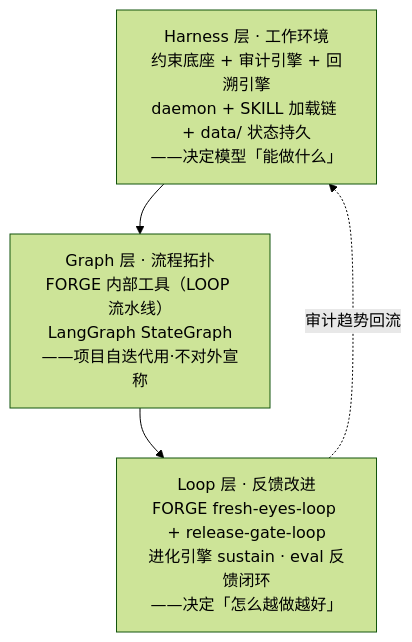
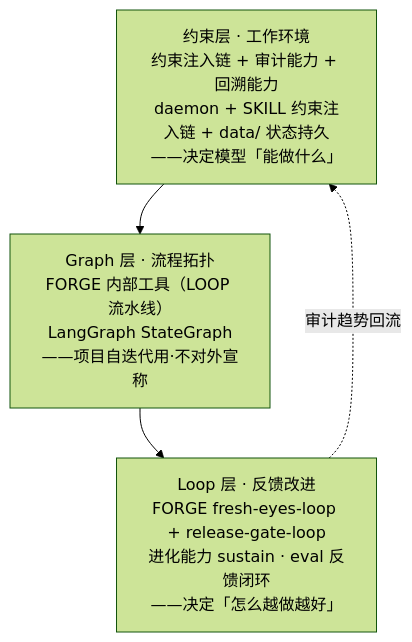
The third of 8 diagrams in docs/ARCHITECTURE.md (KongFangXun/sofagent), drawn with Mermaid (forest theme) before and after one commit. The commit also changed other lines of this file and 34 other files, not shown here.

````diff
--- a/docs/ARCHITECTURE.md
+++ b/docs/ARCHITECTURE.md
@@ -56,7 +56,7 @@
 ```mermaid
 graph TD
-    H[Harness 层 · 工作环境<br/>约束底座 + 审计引擎 + 回溯引擎<br/>daemon + SKILL 加载链 + data/ 状态持久<br/>——决定模型「能做什么」]
+    H[约束层 · 工作环境<br/>约束注入链 + 审计能力 + 回溯能力<br/>daemon + SKILL 约束注入链 + data/ 状态持久<br/>——决定模型「能做什么」]
     H --> G[Graph 层 · 流程拓扑<br/>FORGE 内部工具（LOOP 流水线）<br/>LangGraph StateGraph<br/>——项目自迭代用·不对外宣称]
-    G --> L[Loop 层 · 反馈改进<br/>FORGE fresh-eyes-loop + release-gate-loop<br/>进化引擎 sustain · eval 反馈闭环<br/>——决定「怎么越做越好」]
+    G --> L[Loop 层 · 反馈改进<br/>FORGE fresh-eyes-loop + release-gate-loop<br/>进化能力 sustain · eval 反馈闭环<br/>——决定「怎么越做越好」]
     L -.->|审计趋势回流| H
 ```
````
